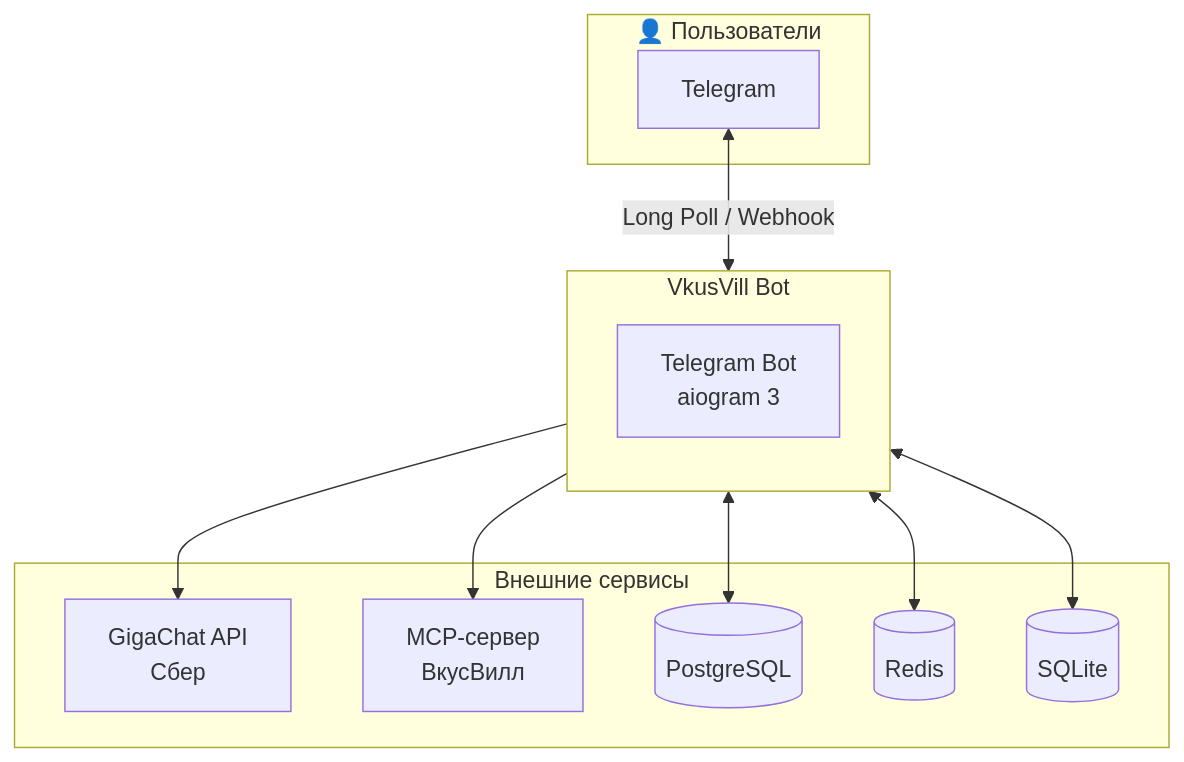
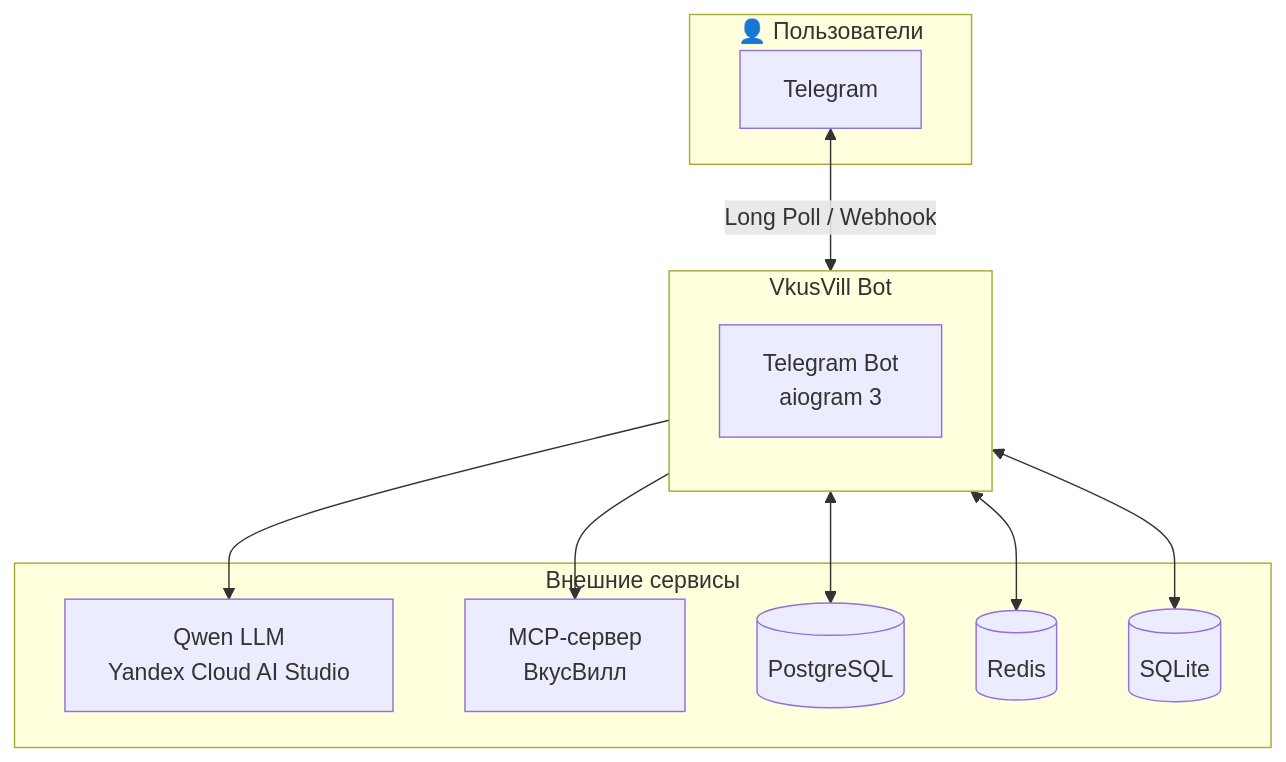
Before and after one commit to mrPDA/vkuswill_bot: the first of 8 diagrams in docs/ARCHITECTURE.md, drawn with Mermaid. The commit also changed other lines of this file and 6 other files, not shown here.

````diff
--- a/docs/ARCHITECTURE.md
+++ b/docs/ARCHITECTURE.md
@@ -9,26 +9,26 @@
 ```mermaid
 flowchart TB
     subgraph Users["👤 Пользователи"]
         TG[Telegram]
     end
 
     subgraph Bot["VkusVill Bot"]
         direction TB
         BotCore[Telegram Bot\naiogram 3]
     end
 
     subgraph External["Внешние сервисы"]
-        GigaChat[GigaChat API\nСбер]
+        Qwen[Qwen LLM\nYandex Cloud AI Studio]
         MCP[MCP-сервер\nВкусВилл]
         DB[(PostgreSQL)]
         Redis[(Redis)]
         SQLite[(SQLite)]
     end
 
     TG <-->|Long Poll / Webhook| BotCore
-    BotCore --> GigaChat
+    BotCore --> Qwen
     BotCore --> MCP
     BotCore <--> DB
     BotCore <--> Redis
     BotCore <--> SQLite
 ```
````
